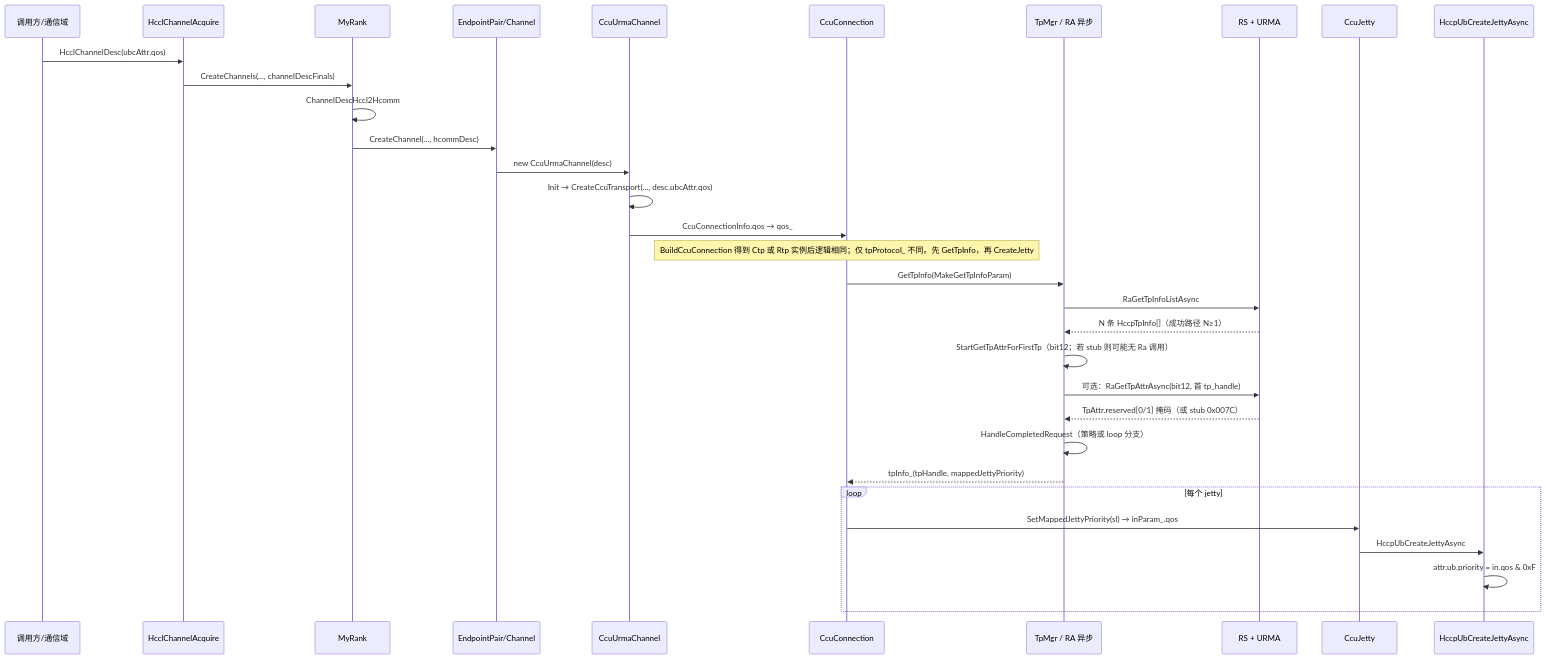
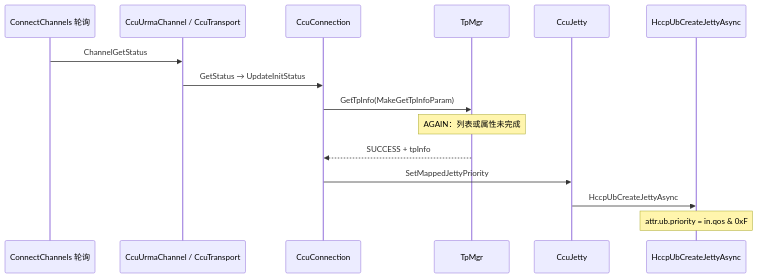
The third of 3 diagrams in docs/ccu_ubc_qos_to_jetty_priority_flow.md (libochao-huawei/hcomm), drawn with Mermaid before and after one commit. The commit also changed other lines of this file and 4 other files, not shown here.

Commit message:
aicpu urma qos

````diff
--- a/docs/ccu_ubc_qos_to_jetty_priority_flow.md
+++ b/docs/ccu_ubc_qos_to_jetty_priority_flow.md
@@ -290,35 +322,18 @@
 ```mermaid
 sequenceDiagram
-    participant User as 调用方/通信域
-    participant Acquire as HcclChannelAcquire
-    participant MR as MyRank
-    participant EP as EndpointPair/Channel
-    participant Ch as CcuUrmaChannel
+    participant Poll as ConnectChannels 轮询
+    participant Ch as CcuUrmaChannel / CcuTransport
     participant T as CcuConnection
-    participant TM as TpMgr / RA 异步
-    participant RS as RS + URMA
+    participant TM as TpMgr
     participant J as CcuJetty
     participant H as HccpUbCreateJettyAsync
 
-    User->>Acquire: HcclChannelDesc(ubcAttr.qos)
-    Acquire->>MR: CreateChannels(..., channelDescFinals)
-    MR->>MR: ChannelDescHccl2Hcomm
-    MR->>EP: CreateChannel(..., hcommDesc)
-    EP->>Ch: new CcuUrmaChannel(desc)
-    Ch->>Ch: Init → CreateCcuTransport(..., desc.ubcAttr.qos)
-    Ch->>T: CcuConnectionInfo.qos → qos_
-    Note over T: BuildCcuConnection 得到 Ctp 或 Rtp 实例后逻辑相同；仅 tpProtocol_ 不同。先 GetTpInfo，再 CreateJetty
+    Poll->>Ch: ChannelGetStatus
+    Ch->>T: GetStatus → UpdateInitStatus
     T->>TM: GetTpInfo(MakeGetTpInfoParam)
-    TM->>RS: RaGetTpInfoListAsync
-    RS-->>TM: N 条 HccpTpInfo[]（成功路径 N≥1）
-    TM->>TM: StartGetTpAttrForFirstTp（bit12；若 stub 则可能无 Ra 调用）
-    TM->>RS: 可选：RaGetTpAttrAsync(bit12, 首 tp_handle)
-    RS-->>TM: TpAttr.reserved[0/1] 掩码（或 stub 0x007C）
-    TM->>TM: HandleCompletedRequest（策略或 loop 分支）
-    TM-->>T: tpInfo_(tpHandle, mappedJettyPriority)
-    loop 每个 jetty
-        T->>J: SetMappedJettyPriority(sl) → inParam_.qos
-        J->>H: HccpUbCreateJettyAsync
-        H->>H: attr.ub.priority = in.qos & 0xF
-    end
+    Note over TM: AGAIN：列表或属性未完成
+    TM-->>T: SUCCESS + tpInfo
+    T->>J: SetMappedJettyPriority
+    J->>H: HccpUbCreateJettyAsync
+    Note over H: attr.ub.priority = in.qos & 0xF
 ```
````
